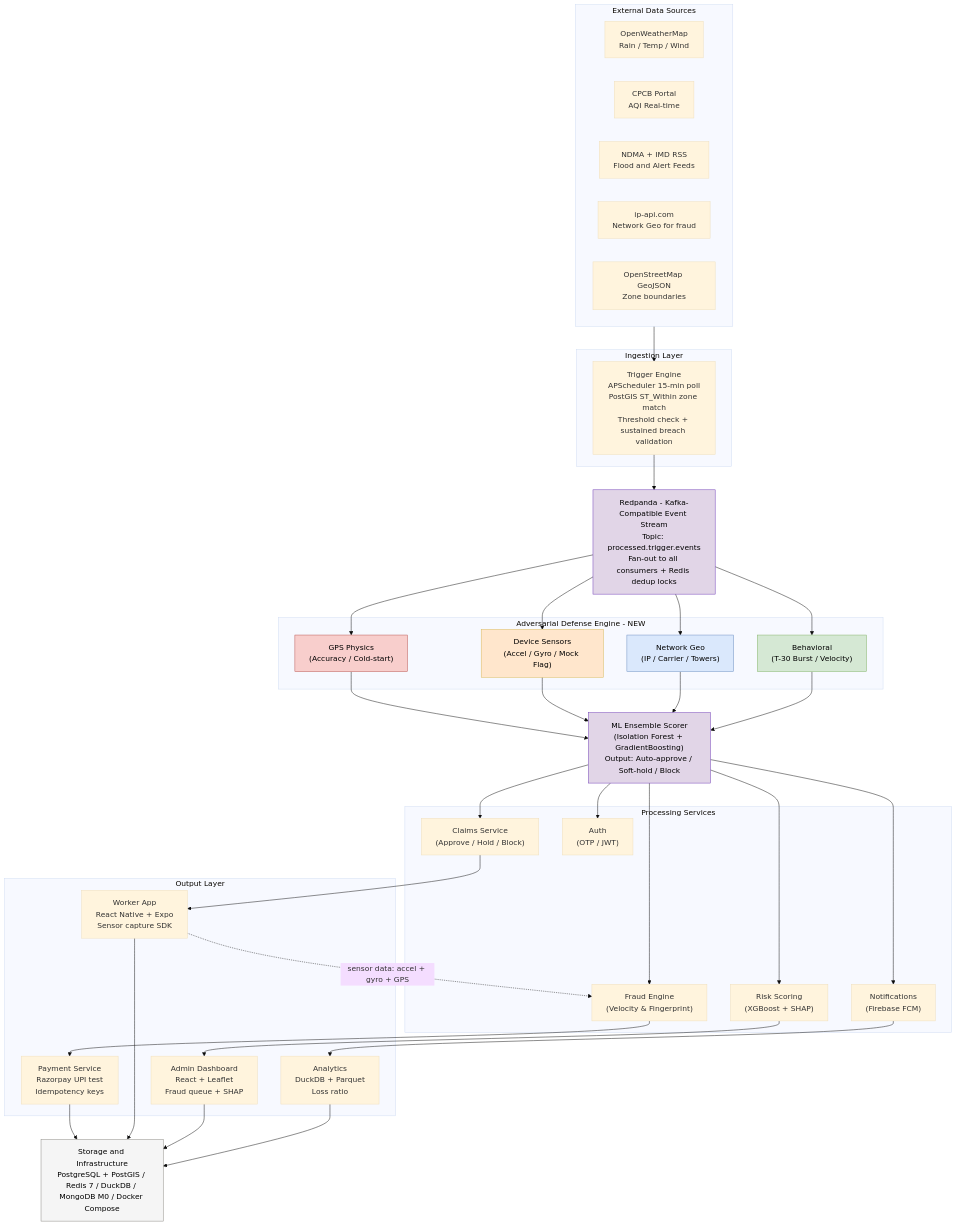
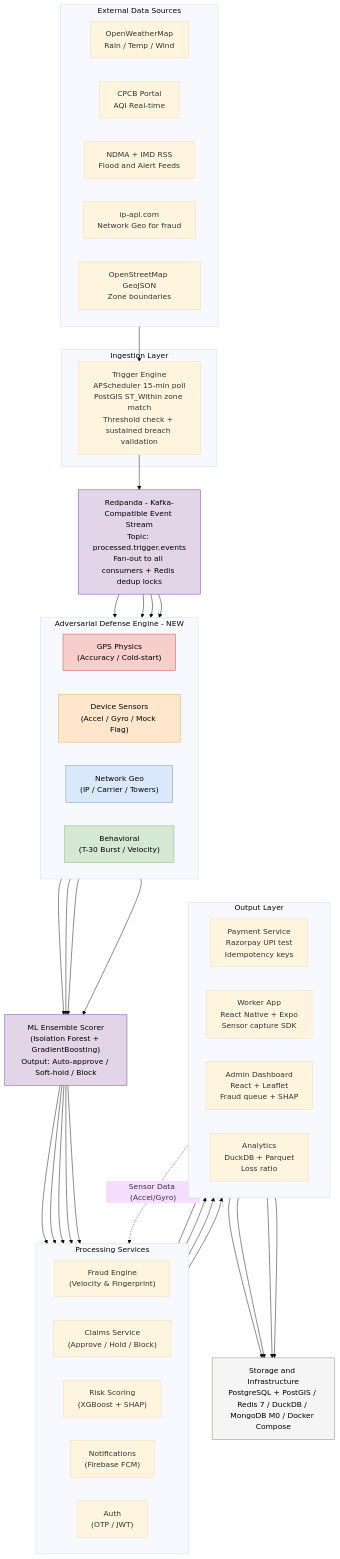
Before and after one commit to Dhruvvv-26/GigShield-Parametric-Income-Protection: the second of 2 diagrams in README.md, drawn with Mermaid (base theme).

Commit message:
Add horizontal layout directions to Mermaid subgraphs for proper text scaling

````diff
--- a/README.md
+++ b/README.md
@@ -419,6 +419,7 @@
 ```mermaid
 flowchart TD
     subgraph EXT [External Data Sources]
+        direction LR
         OWM["OpenWeatherMap\nRain / Temp / Wind"]
         CPCB["CPCB Portal\nAQI Real-time"]
         NDMA["NDMA + IMD RSS\nFlood and Alert Feeds"]
@@ -437,6 +438,7 @@
     TRIGGER --> REDPANDA
 
     subgraph DEFENSE [Adversarial Defense Engine - NEW]
+        direction LR
         GPS["GPS Physics\n(Accuracy / Cold-start)"]
         SENSOR["Device Sensors\n(Accel / Gyro / Mock Flag)"]
         NETGEO["Network Geo\n(IP / Carrier / Towers)"]
@@ -456,6 +458,7 @@
     BEHAV --> MLSCORER
 
     subgraph PROC [Processing Services]
+        direction LR
         FRAUDENG["Fraud Engine\n(Velocity & Fingerprint)"]
         CLAIMS["Claims Service\n(Approve / Hold / Block)"]
         RISK["Risk Scoring\n(XGBoost + SHAP)"]
@@ -470,6 +473,7 @@
     MLSCORER --> AUTH
 
     subgraph OUTPUT [Output Layer]
+        direction LR
         PAYMENT["Payment Service\nRazorpay UPI test\nIdempotency keys"]
         WORKERAPP["Worker App\nReact Native + Expo\nSensor capture SDK"]
         ADMINDASH["Admin Dashboard\nReact + Leaflet\nFraud queue + SHAP"]
@@ -481,7 +485,7 @@
     RISK --> ADMINDASH
     NOTIF --> ANALYTICS
 
-    WORKERAPP -. "sensor data: accel + gyro + GPS" .-> FRAUDENG
+    WORKERAPP -.->|"Sensor Data (Accel/Gyro)"| FRAUDENG
 
     STORAGE["Storage and Infrastructure\nPostgreSQL + PostGIS / Redis 7 / DuckDB / MongoDB M0 / Docker Compose"]
 
````
